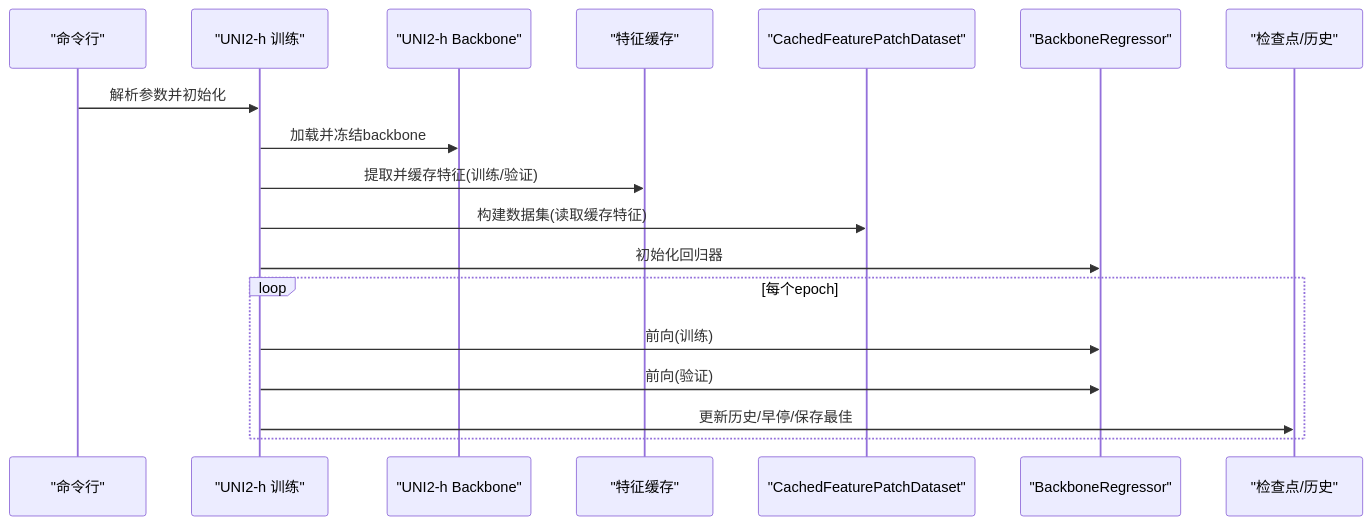
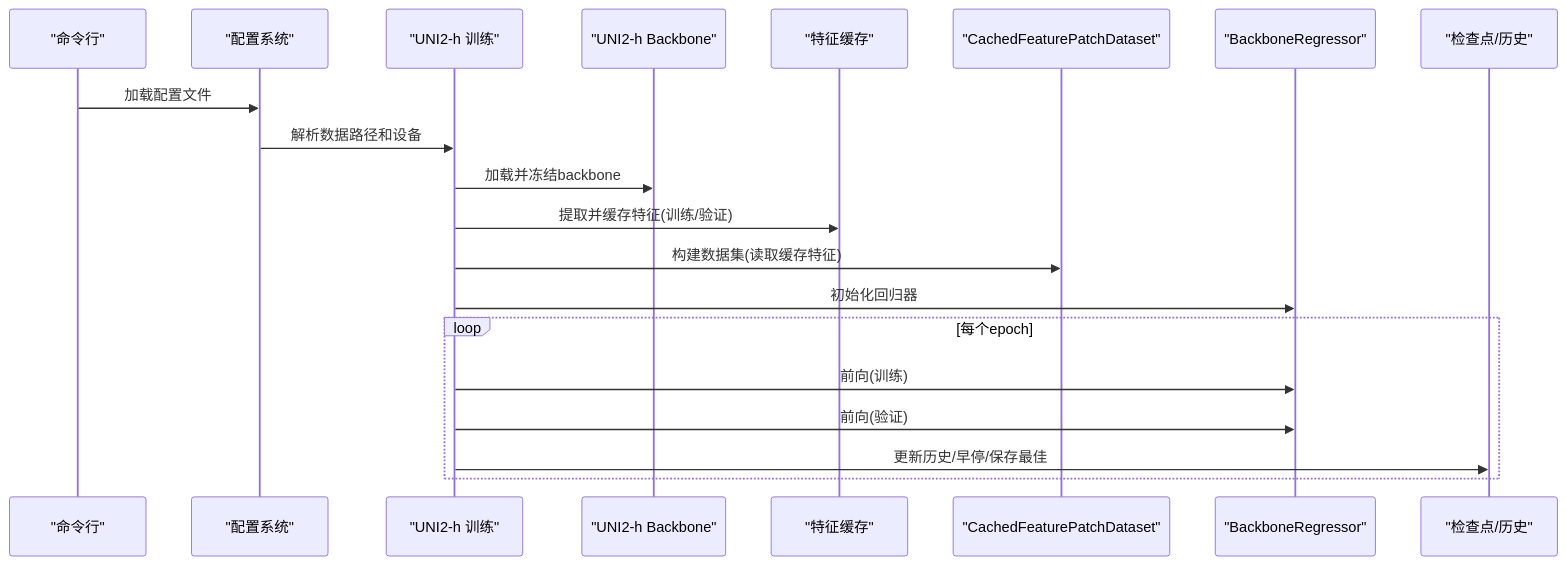
Before and after one commit to qzs610038-star/AI-esophagus-cancer-basedon-HF-HT: the third of 6 diagrams in .qoder/repowiki/zh/content/训练系统/训练系统.md, drawn with Mermaid. The commit also changed other lines of this file and 14 other files, not shown here.

````diff
--- a/.qoder/repowiki/zh/content/训练系统/训练系统.md
+++ b/.qoder/repowiki/zh/content/训练系统/训练系统.md
@@ -141,20 +188,22 @@
 ```mermaid
 sequenceDiagram
 participant CLI as "命令行"
+participant CFG as "配置系统"
 participant UT as "UNI2-h 训练"
 participant BB as "UNI2-h Backbone"
 participant FE as "特征缓存"
 participant CD as "CachedFeaturePatchDataset"
 participant BR as "BackboneRegressor"
 participant CK as "检查点/历史"
-CLI->>UT : 解析参数并初始化
+CLI->>CFG : 加载配置文件
+CFG->>UT : 解析数据路径和设备
 UT->>BB : 加载并冻结backbone
 UT->>FE : 提取并缓存特征(训练/验证)
 UT->>CD : 构建数据集(读取缓存特征)
 UT->>BR : 初始化回归器
 loop 每个epoch
 UT->>BR : 前向(训练)
 UT->>BR : 前向(验证)
 UT->>CK : 更新历史/早停/保存最佳
 end
 ```
````
